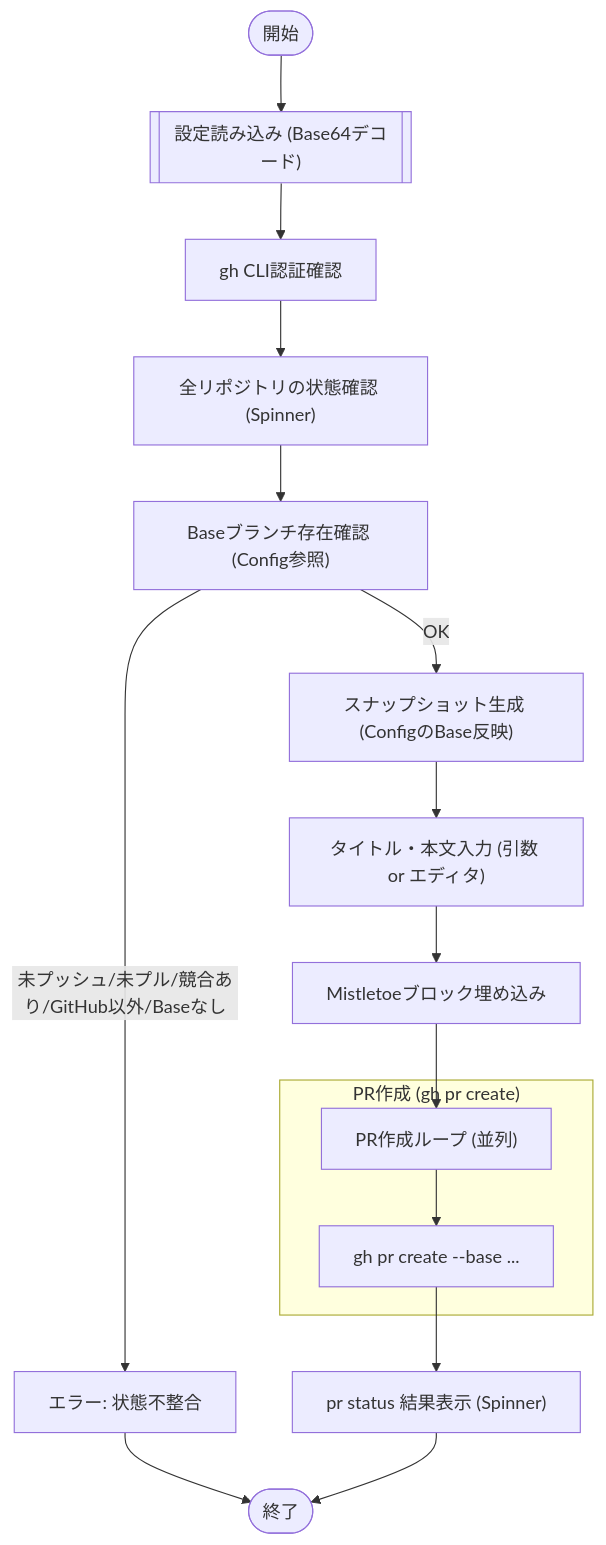
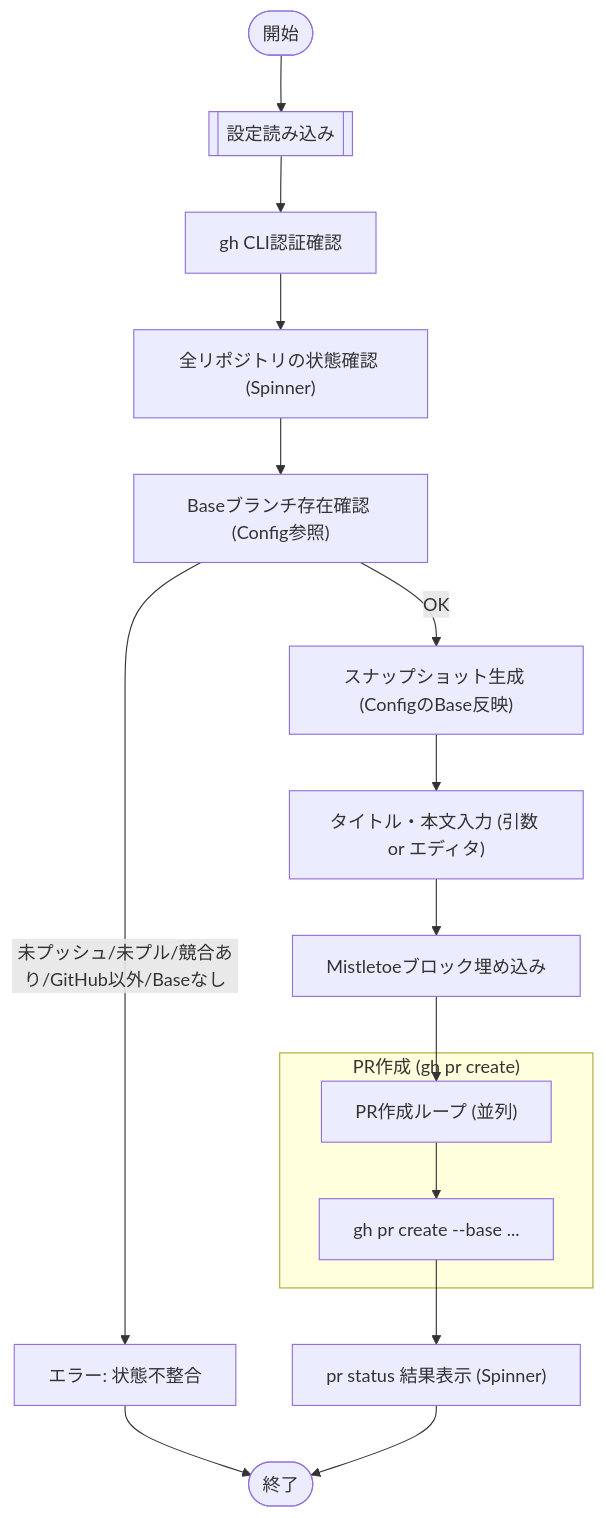
One commit to keiji/mistletoe changed the diagram in docs/internal/app/pr_create.md. Above: the diagram before and after it, drawn with Mermaid. The commit also changed other lines of this file and 9 other files, not shown here.

````diff
--- a/docs/internal/app/pr_create.md
+++ b/docs/internal/app/pr_create.md
@@ -26,23 +26,23 @@
 ```mermaid
 flowchart TD
-    Start(["開始"]) --> LoadConfigSub[["設定読み込み (Base64デコード)"]]
+    Start(["開始"]) --> LoadConfigSub[["設定読み込み"]]
     LoadConfigSub --> ValidateAuth["gh CLI認証確認"]
     ValidateAuth --> CheckClean["全リポジトリの状態確認 (Spinner)"]
     CheckClean --> VerifyBase["Baseブランチ存在確認 (Config参照)"]
 
     VerifyBase -- "未プッシュ/未プル/競合あり/GitHub以外/Baseなし" --> ErrorState["エラー: 状態不整合"]
     VerifyBase -- "OK" --> GenSnapshot["スナップショット生成 (ConfigのBase反映)"]
 
     GenSnapshot --> InputContent["タイトル・本文入力 (引数 or エディタ)"]
     InputContent --> EmbedBlock["Mistletoeブロック埋め込み"]
 
     EmbedBlock --> CreatePRs["PR作成ループ (並列)"]
 
     subgraph "PR作成 (gh pr create)"
         CreatePRs --> CallGH["gh pr create --base <ConfigBase> ..."]
     end
 
     CallGH --> ShowStatus["pr status 結果表示 (Spinner)"]
     ErrorState --> Stop(["終了"])
     ShowStatus --> Stop
 ```
````
